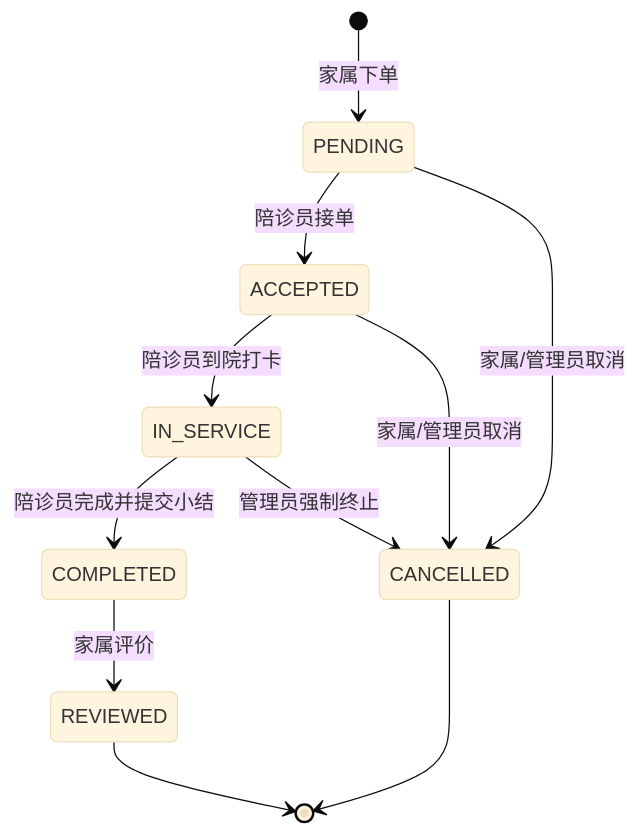
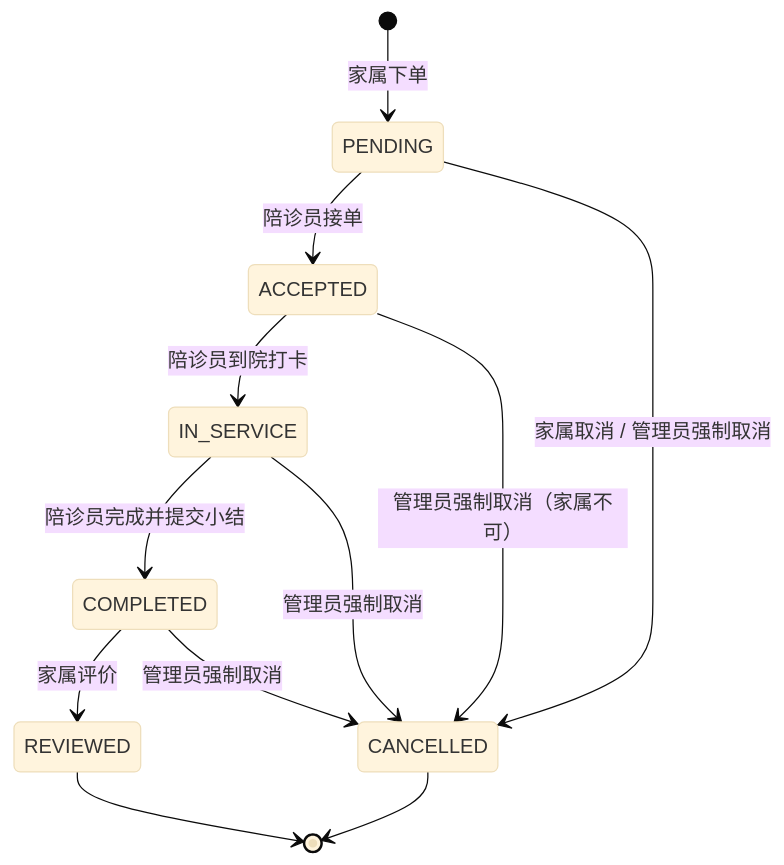
The seventh of 7 diagrams in docs/db/01-ER图.md (wangpanbin/Senior-Companion-Health-Assessment), drawn with Mermaid (base theme) before and after one commit. The commit also changed other lines of this file and 12 other files, not shown here.

````diff
--- a/docs/db/01-ER图.md
+++ b/docs/db/01-ER图.md
@@ -461,13 +461,14 @@
 ```mermaid
 stateDiagram-v2
     [*] --> PENDING : 家属下单
     PENDING --> ACCEPTED : 陪诊员接单
-    PENDING --> CANCELLED : 家属/管理员取消
+    PENDING --> CANCELLED : 家属取消 / 管理员强制取消
     ACCEPTED --> IN_SERVICE : 陪诊员到院打卡
-    ACCEPTED --> CANCELLED : 家属/管理员取消
+    ACCEPTED --> CANCELLED : 管理员强制取消（家属不可）
     IN_SERVICE --> COMPLETED : 陪诊员完成并提交小结
-    IN_SERVICE --> CANCELLED : 管理员强制终止
+    IN_SERVICE --> CANCELLED : 管理员强制取消
     COMPLETED --> REVIEWED : 家属评价
+    COMPLETED --> CANCELLED : 管理员强制取消
     REVIEWED --> [*]
     CANCELLED --> [*]
 ```
````
